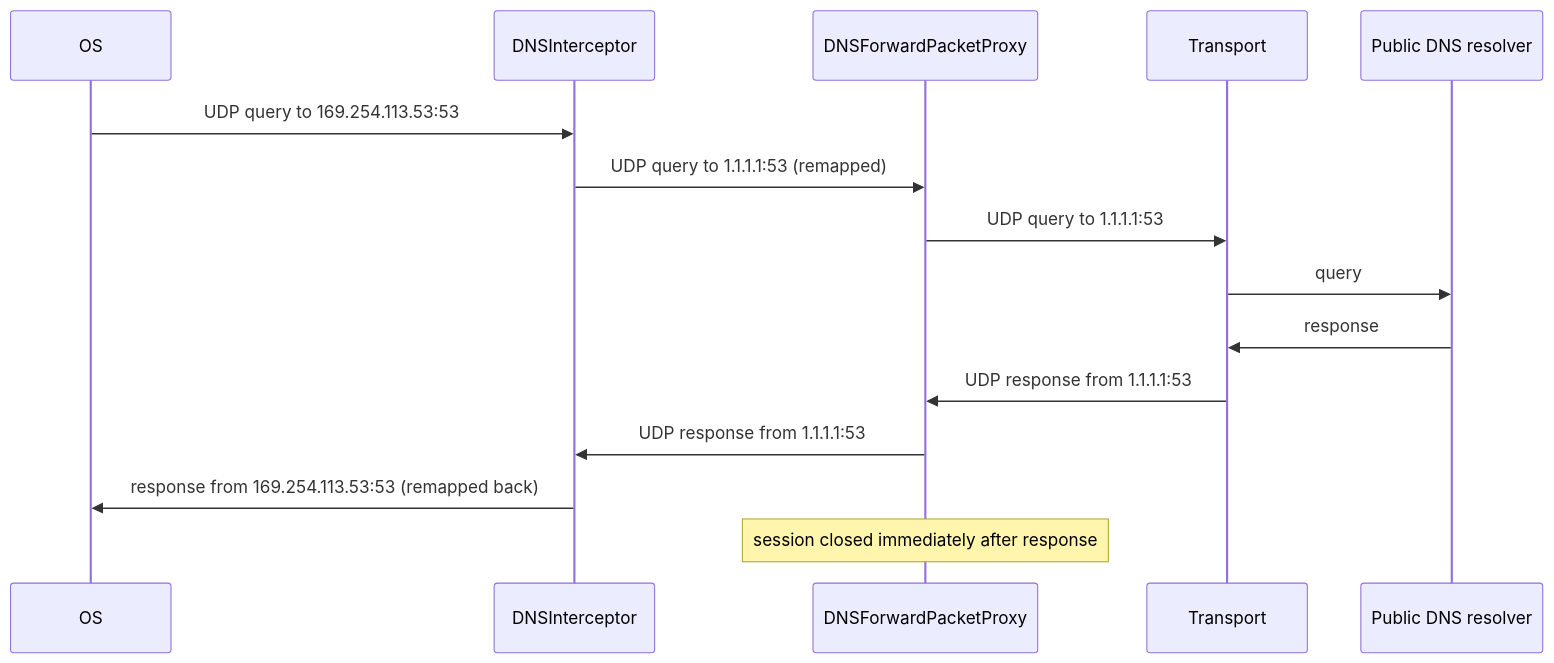
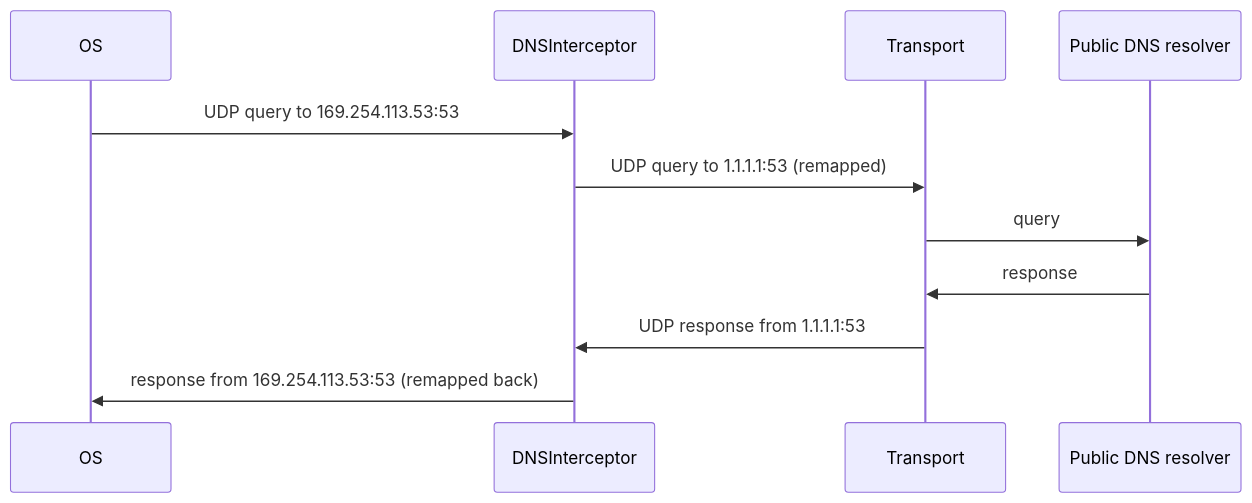
One commit to OutlineFoundation/outline-apps changed the third of 4 diagrams in client/go/outline/dnsintercept/README.md. Above: the diagram before and after it, drawn with Mermaid. The commit also changed other lines of this file and 5 other files, not shown here.

````diff
--- a/client/go/outline/dnsintercept/README.md
+++ b/client/go/outline/dnsintercept/README.md
@@ -93,18 +91,14 @@
 ```mermaid
 sequenceDiagram
     participant OS
     participant Interceptor as DNSInterceptor
-    participant Forward as DNSForwardPacketProxy
     participant Transport
     participant Resolver as Public DNS resolver
 
     OS->>Interceptor: UDP query to 169.254.113.53:53
-    Interceptor->>Forward: UDP query to 1.1.1.1:53 (remapped)
-    Forward->>Transport: UDP query to 1.1.1.1:53
+    Interceptor->>Transport: UDP query to 1.1.1.1:53 (remapped)
     Transport->>Resolver: query
     Resolver->>Transport: response
-    Transport->>Forward: UDP response from 1.1.1.1:53
-    Forward->>Interceptor: UDP response from 1.1.1.1:53
+    Transport->>Interceptor: UDP response from 1.1.1.1:53
     Interceptor->>OS: response from 169.254.113.53:53 (remapped back)
-    Note over Forward: session closed immediately after response
 ```
````
